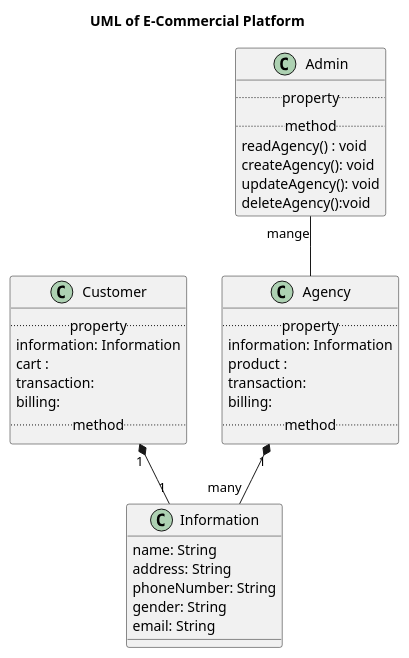
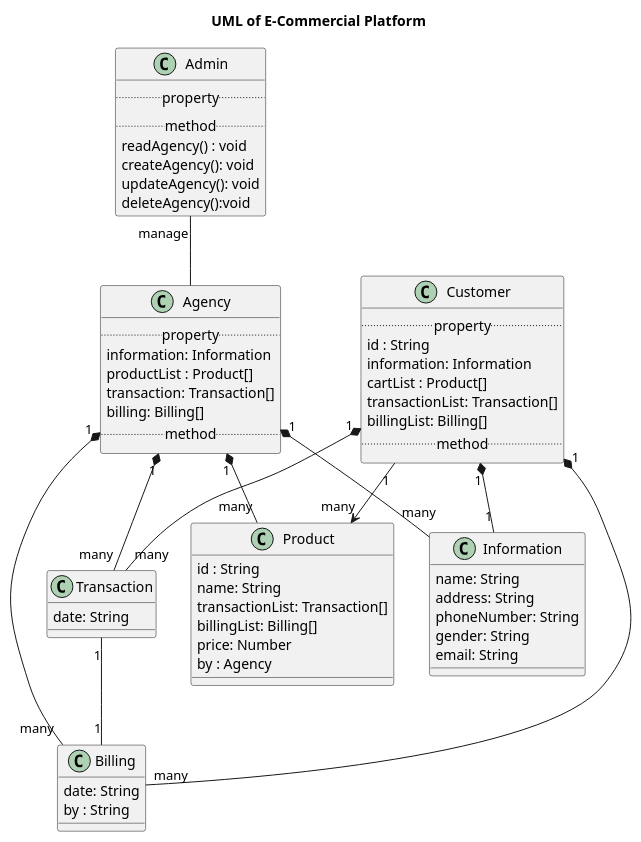
The diagram in Case_Study/UML/system.puml (hoangquocnam/UDT_Testing), drawn with PlantUML before and after one commit. The commit also changed 16 other files, not shown here.

Commit message:
draw sequence diagram for admin, update diagram for agency

```diff
--- a/Case_Study/UML/system.puml
+++ b/Case_Study/UML/system.puml
@@ -1,47 +1,74 @@
 @startuml Application use cases diagram
 skinparam actorStyle awesome
 title UML of E-Commercial Platform
 
 
 class Information{
     name: String
     address: String
     phoneNumber: String
     gender: String
     email: String
 }
 
+class Billing{
+    date: String
+    by : String
+}
+
+
+class Transaction{
+    date: String
+}
+
+class Product{
+    id : String
+    name: String
+    transactionList: Transaction[]
+    billingList: Billing[]
+    price: Number
+    by : Agency
+}
+
 class Customer{
     ..property..
+    id : String
     information: Information
-    cart :
-    transaction:
-    billing:
+    cartList : Product[]
+    transactionList: Transaction[]
+    billingList: Billing[]
     ..method..
 }
 
 class Agency{
     ..property..
     information: Information
-    product :
-    transaction:
-    billing:
+    productList : Product[]
+    transaction: Transaction[]
+    billing: Billing[]
     ..method..
 }
 
 class Admin{
     ..property..
     ..method..
     readAgency() : void
     createAgency(): void
     updateAgency(): void
     deleteAgency():void
 }
 
 Customer "1"*-- "1" Information 
 Agency "1"*-- "many" Information
-Admin "mange" -- Agency
+Admin "manage" -- Agency
+Customer "1" *-- "many" Billing
+Customer "1" *-- "many" Transaction
+Customer "1" --> "many" Product
+Agency "1" *-- "many" Product
+Agency "1" *-- "many" Billing
+Agency "1" *-- "many" Transaction
+Transaction "1" -- "1" Billing
 
 
 
 @enduml
```
